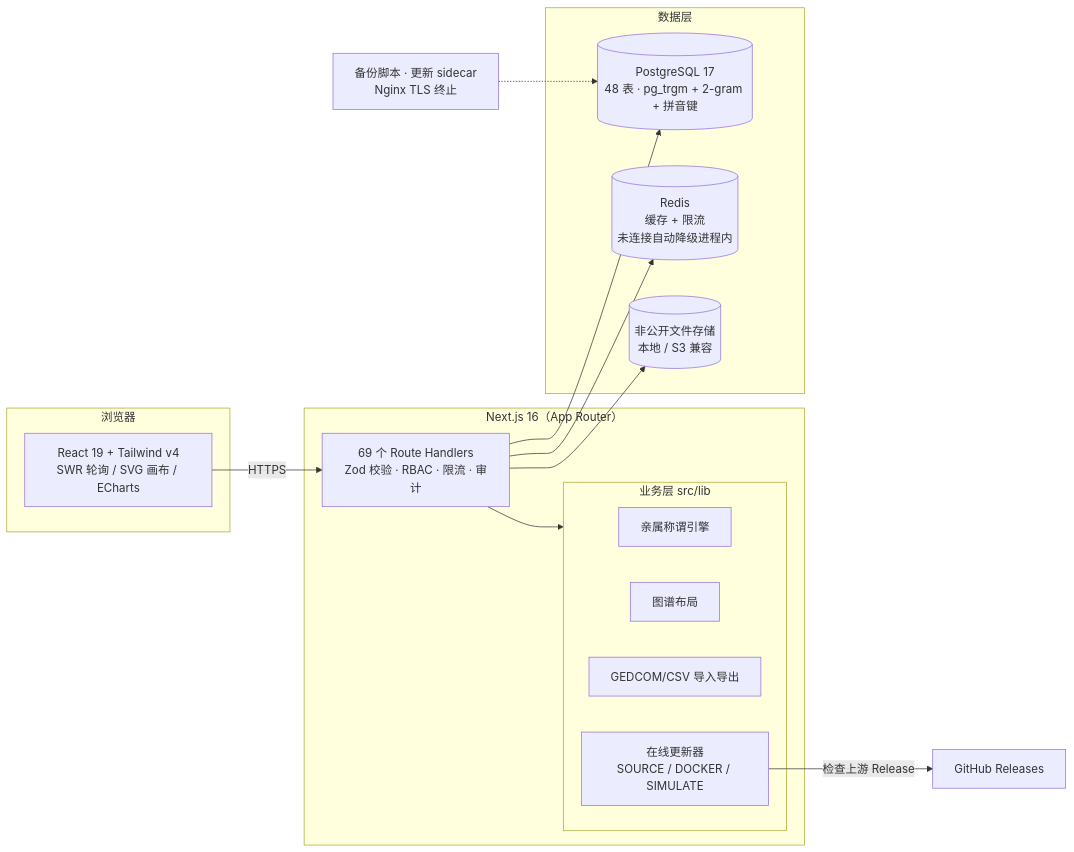
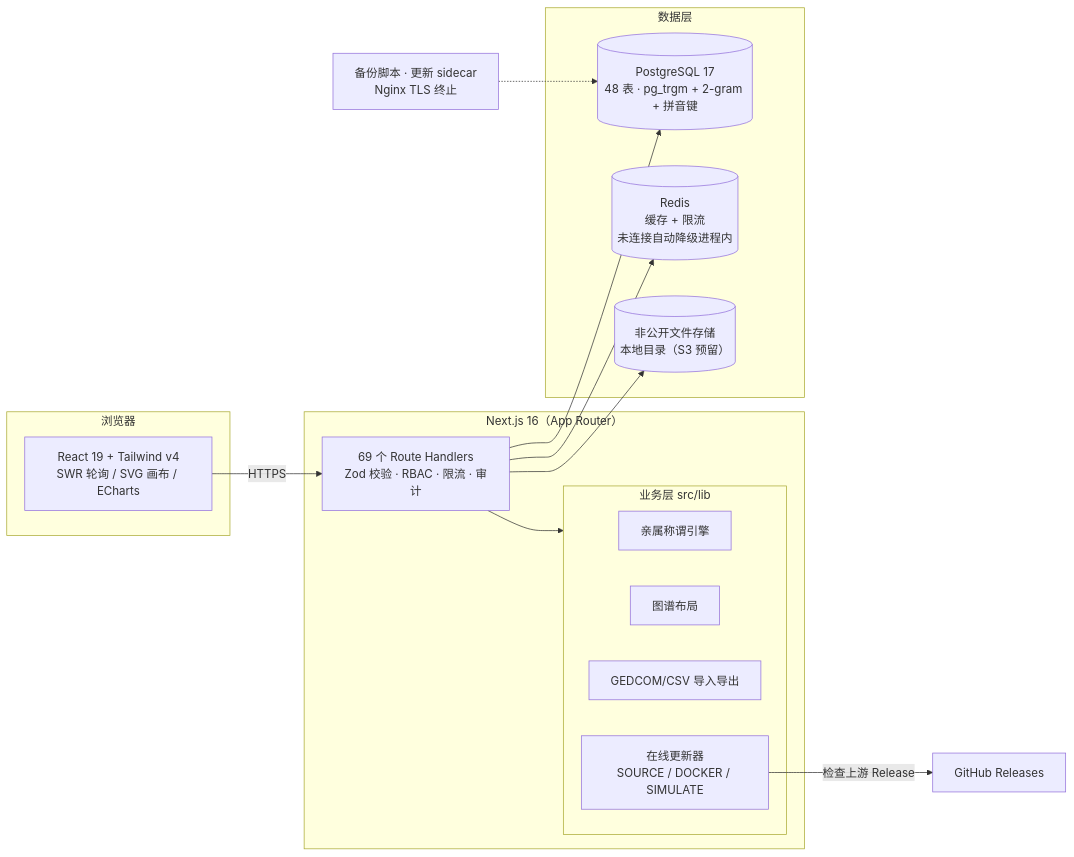
Before and after one commit to yuchen0x1/Family-Genealogy-of-Hundreds-of-Clans: the diagram in README.md, drawn with Mermaid. The commit also changed other lines of this file and 7 other files, not shown here.

````diff
--- a/README.md
+++ b/README.md
@@ -210,29 +210,29 @@
 ```mermaid
 flowchart LR
     subgraph client["浏览器"]
         UI["React 19 + Tailwind v4<br/>SWR 轮询 / SVG 画布 / ECharts"]
     end
     subgraph app["Next.js 16（App Router）"]
         R["69 个 Route Handlers<br/>Zod 校验 · RBAC · 限流 · 审计"]
         subgraph biz["业务层 src/lib"]
             K["亲属称谓引擎"]
             G["图谱布局"]
             IO["GEDCOM/CSV 导入导出"]
             U["在线更新器<br/>SOURCE / DOCKER / SIMULATE"]
         end
     end
     subgraph data["数据层"]
         PG[("PostgreSQL 17<br/>48 表 · pg_trgm + 2-gram + 拼音键")]
         RD[("Redis<br/>缓存 + 限流<br/>未连接自动降级进程内")]
-        FS[("非公开文件存储<br/>本地 / S3 兼容")]
+        FS[("非公开文件存储<br/>本地目录（S3 预留）")]
     end
     OPS["备份脚本 · 更新 sidecar<br/>Nginx TLS 终止"]
 
     UI -->|HTTPS| R
     R --> biz
     R --> PG
     R --> RD
     R --> FS
     U -->|检查上游 Release| GH["GitHub Releases"]
     OPS -.-> PG
 ```
````
